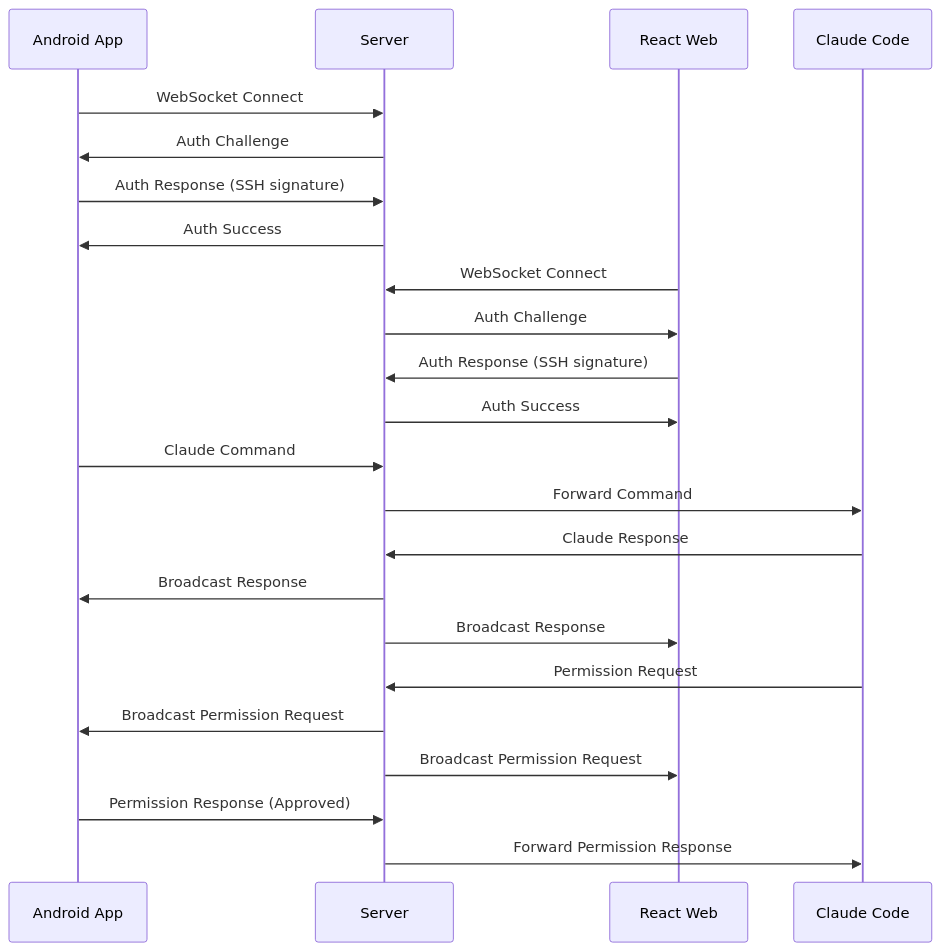
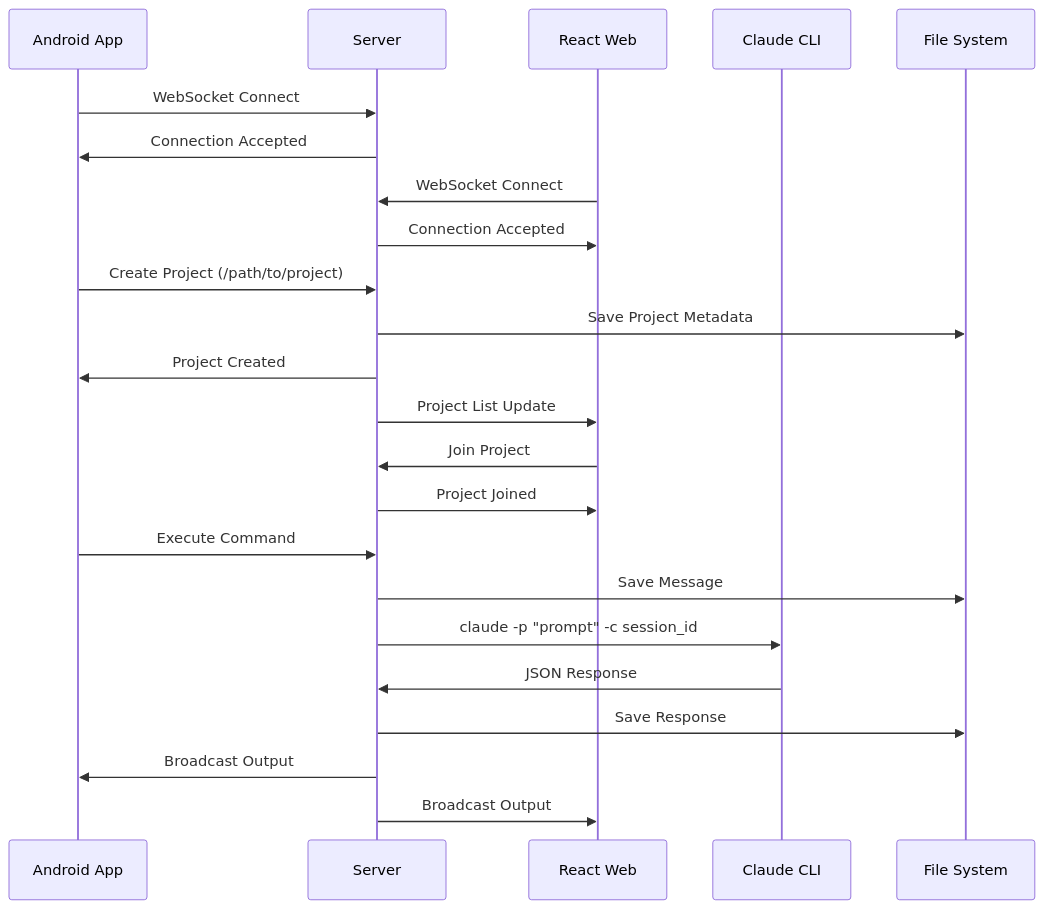
Before and after one commit to bebsworthy/pocket_agent: the second of 2 diagrams in documentation/features/communication-layer/integration.md, drawn with Mermaid. The commit also changed other lines of this file and 50 other files, not shown here.

````diff
--- a/documentation/features/communication-layer/integration.md
+++ b/documentation/features/communication-layer/integration.md
@@ -150,29 +147,30 @@
 ```mermaid
 sequenceDiagram
     participant A as Android App
     participant S as Server
     participant R as React Web
-    participant C as Claude Code
+    participant C as Claude CLI
+    participant F as File System
     
     A->>S: WebSocket Connect
-    S->>A: Auth Challenge
-    A->>S: Auth Response (SSH signature)
-    S->>A: Auth Success
+    S->>A: Connection Accepted
     
     R->>S: WebSocket Connect  
-    S->>R: Auth Challenge
-    R->>S: Auth Response (SSH signature)
-    S->>R: Auth Success
+    S->>R: Connection Accepted
     
-    A->>S: Claude Command
-    S->>C: Forward Command
-    C->>S: Claude Response
-    S->>A: Broadcast Response
-    S->>R: Broadcast Response
+    A->>S: Create Project (/path/to/project)
+    S->>F: Save Project Metadata
+    S->>A: Project Created
+    S->>R: Project List Update
     
-    C->>S: Permission Request
-    S->>A: Broadcast Permission Request
-    S->>R: Broadcast Permission Request
-    A->>S: Permission Response (Approved)
-    S->>C: Forward Permission Response
+    R->>S: Join Project
+    S->>R: Project Joined
+    
+    A->>S: Execute Command
+    S->>F: Save Message
+    S->>C: claude -p "prompt" -c session_id
+    C->>S: JSON Response
+    S->>F: Save Response
+    S->>A: Broadcast Output
+    S->>R: Broadcast Output
 ```
````
